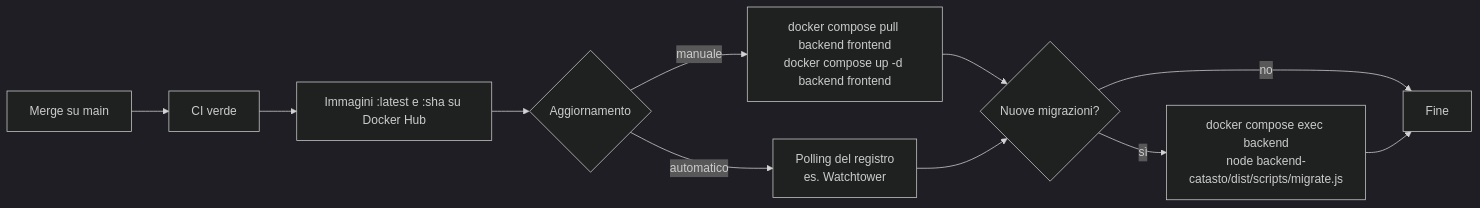
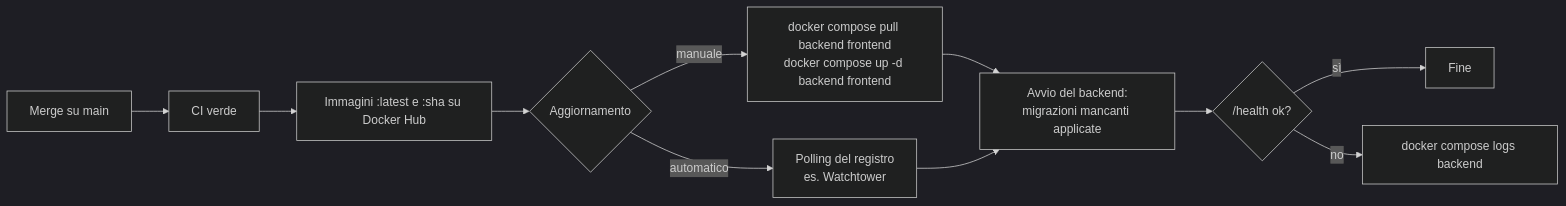
The seventh of 7 diagrams in docs/casi-d-uso.md (AntonioOrf/Catasto), drawn with Mermaid (dark theme) before and after one commit. The commit also changed other lines of this file and 4 other files, not shown here.

````diff
--- a/docs/casi-d-uso.md
+++ b/docs/casi-d-uso.md
@@ -393,13 +393,13 @@
 ```mermaid
 flowchart LR
     A[Merge su main] --> B[CI verde]
     B --> C[Immagini :latest e :sha su Docker Hub]
     C --> D{Aggiornamento}
     D -->|manuale| E["docker compose pull backend frontend<br/>docker compose up -d backend frontend"]
     D -->|automatico| F[Polling del registro<br/>es. Watchtower]
-    E --> G{Nuove migrazioni?}
+    E --> G[Avvio del backend:<br/>migrazioni mancanti applicate]
     F --> G
-    G -->|sì| H[docker compose exec backend<br/>node backend-catasto/dist/scripts/migrate.js]
-    G -->|no| I[Fine]
-    H --> I
+    G --> H{/health ok?}
+    H -->|sì| I[Fine]
+    H -->|no| L[docker compose logs backend]
 ```
````
